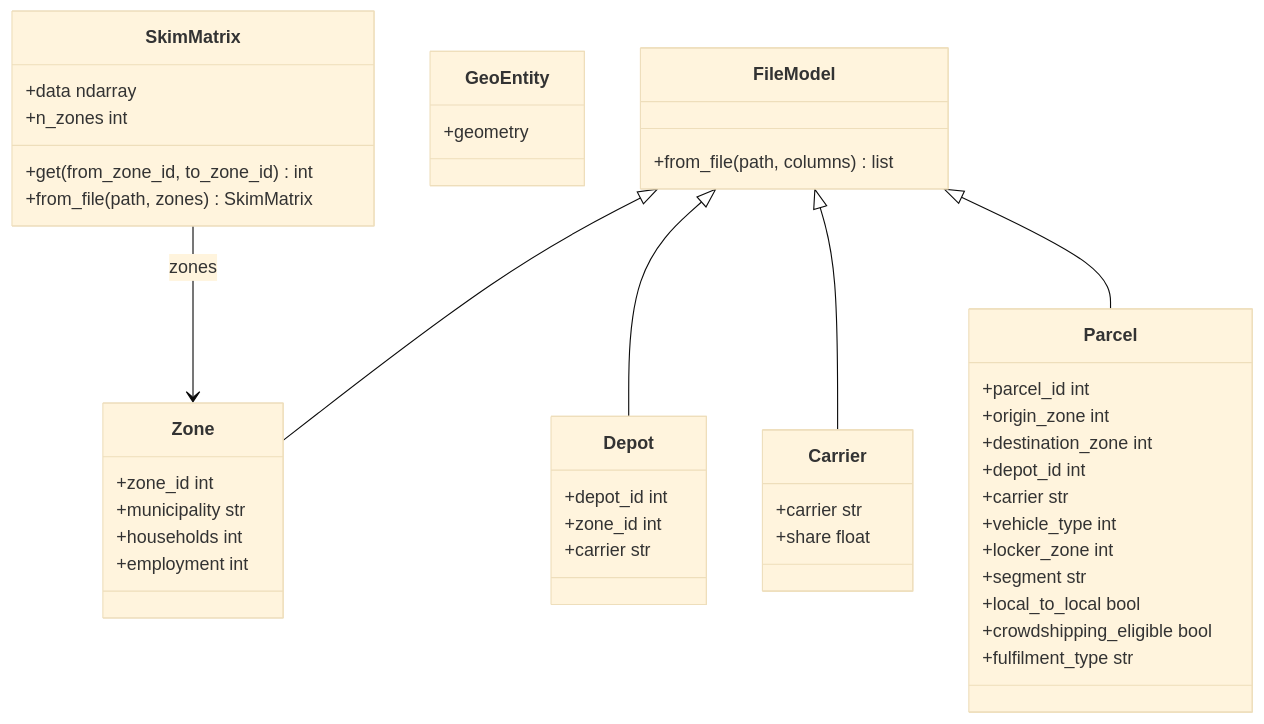
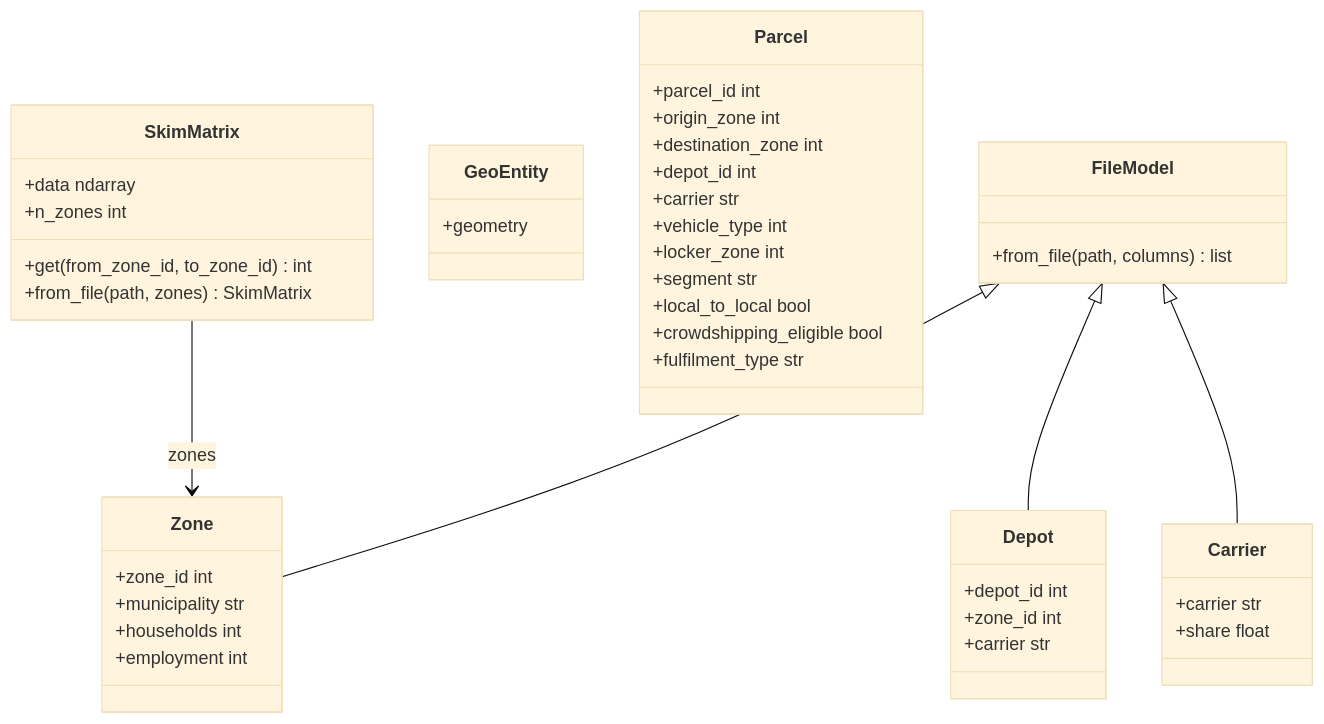
One commit to hcubasd/urban-dollop changed the diagram in README.md. Above: the diagram before and after it, drawn with Mermaid (base theme). The commit also changed 1 other file, not shown here.

Commit message:
Fix Parcel base class and diagram
Parcel is simulation output, not a file-loaded entity — it should extend
BaseModel directly, not FileModel. Diagram updated to match.

````diff
--- a/README.md
+++ b/README.md
@@ -18,56 +18,55 @@
 ```mermaid
 classDiagram
     class FileModel {
         +from_file(path, columns) list
     }
 
     class GeoEntity {
         +geometry
     }
 
     class Zone {
         +zone_id int
         +municipality str
         +households int
         +employment int
     }
 
     class Carrier {
         +carrier str
         +share float
     }
 
     class Depot {
         +depot_id int
         +zone_id int
         +carrier str
     }
 
     class Parcel {
         +parcel_id int
         +origin_zone int
         +destination_zone int
         +depot_id int
         +carrier str
         +vehicle_type int
         +locker_zone int
         +segment str
         +local_to_local bool
         +crowdshipping_eligible bool
         +fulfilment_type str
     }
 
     class SkimMatrix {
         +data ndarray
         +n_zones int
         +get(from_zone_id, to_zone_id) int
         +from_file(path, zones) SkimMatrix
     }
 
     FileModel <|-- Zone
     FileModel <|-- Depot
     FileModel <|-- Carrier
-    FileModel <|-- Parcel
 
     SkimMatrix --> Zone : zones
 ```
````
